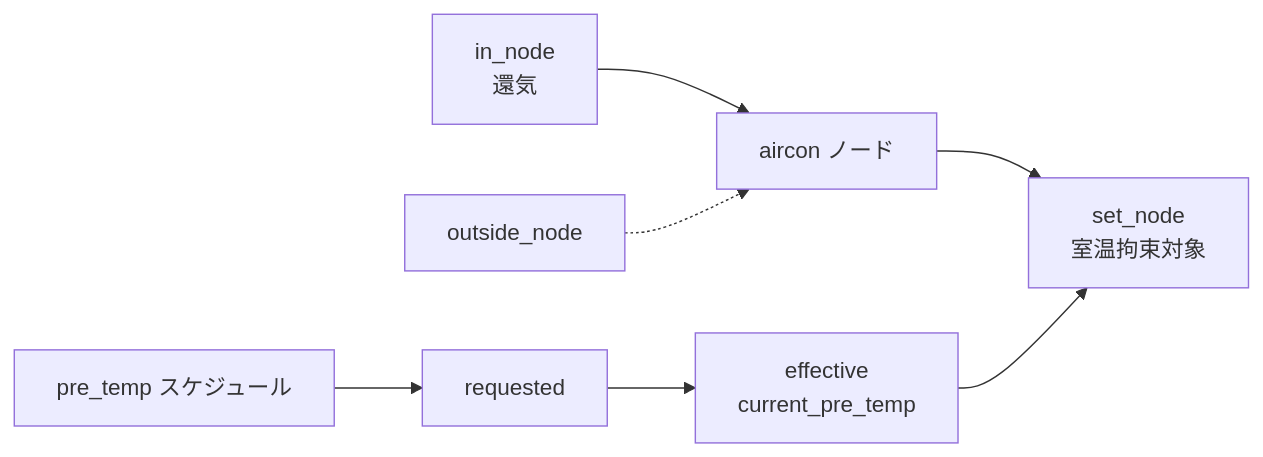
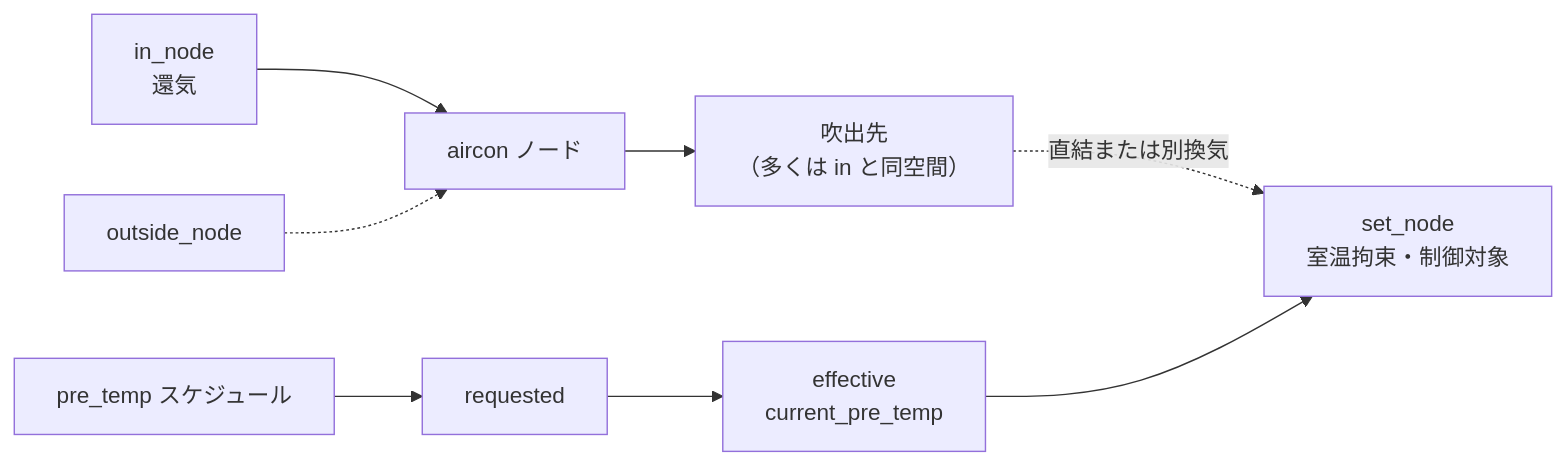
Before and after one commit to iguchi-lab/vtsimnx: the second of 5 diagrams in engine/docs/aircon_control_overview.md, drawn with Mermaid. The commit also changed other lines of this file and 8 other files, not shown here.

````diff
--- a/engine/docs/aircon_control_overview.md
+++ b/engine/docs/aircon_control_overview.md
@@ -37,9 +65,11 @@
 ```mermaid
 flowchart LR
     IN["in_node<br/>還気"] --> AC["aircon ノード"]
-    AC --> SET["set_node<br/>室温拘束対象"]
+    AC --> BLOW["吹出先<br/>（多くは in と同空間）"]
+    SET["set_node<br/>室温拘束・制御対象"]
+    BLOW -.->|"直結または別換気"| SET
     OUT["outside_node"] -.-> AC
     PRE["pre_temp スケジュール"] --> REQ["requested"]
     REQ --> EFF["effective<br/>current_pre_temp"]
     EFF --> SET
 ```
````
